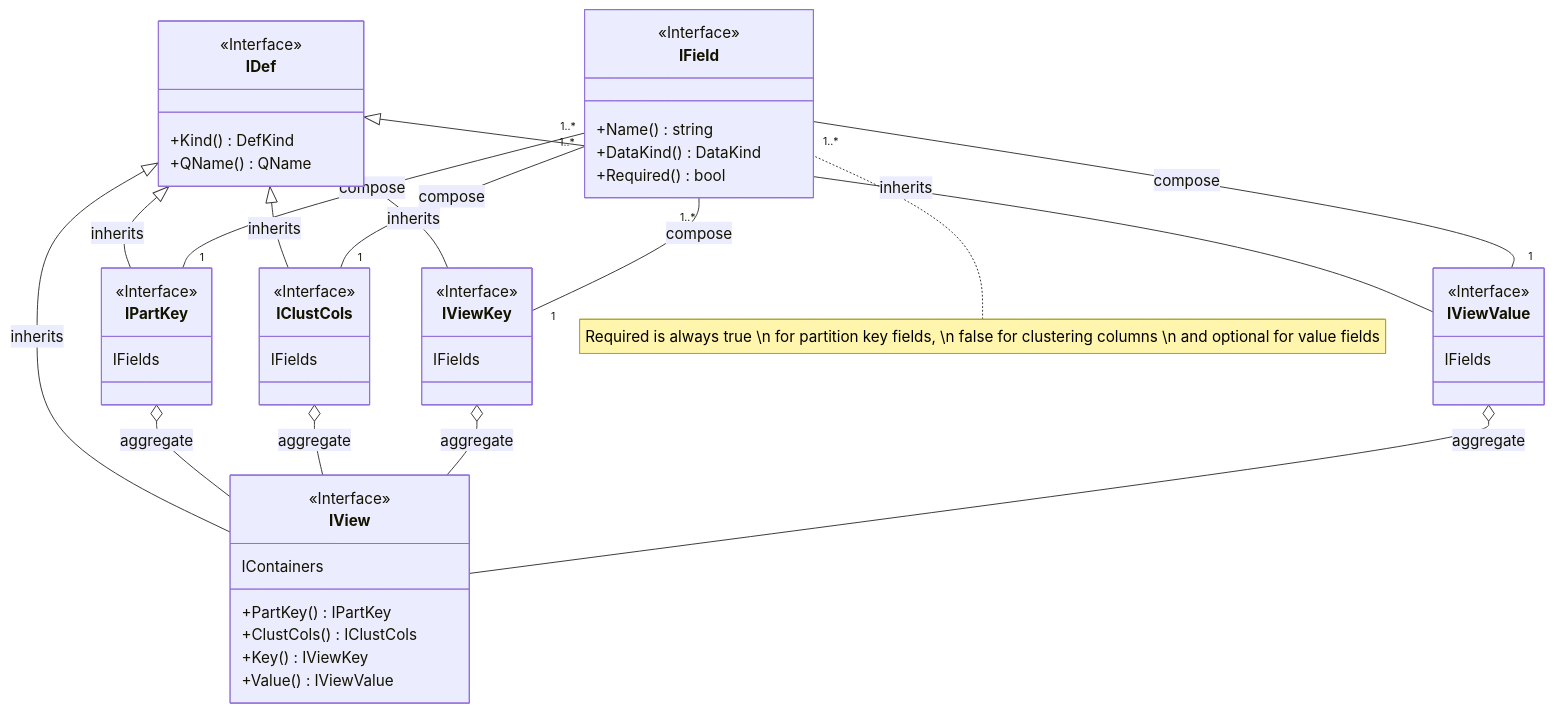
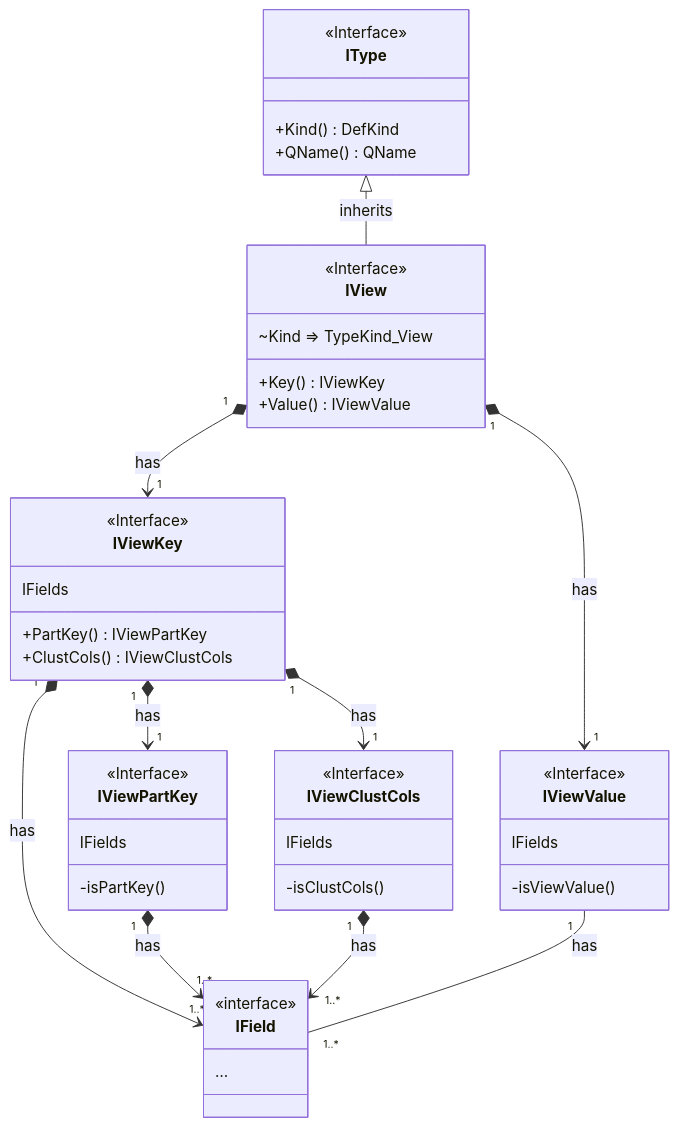
The sixth of 7 diagrams in pkg/appdef/README.md (voedger/voedger), drawn with Mermaid before and after one commit. The commit also changed other lines of this file, not shown here.

````diff
--- a/pkg/appdef/README.md
+++ b/pkg/appdef/README.md
@@ -729,60 +729,54 @@
 ```mermaid
 classDiagram
-  direction BT
-
-  class IDef{
+  class IType{
     <<Interface>>
     +Kind() DefKind
     +QName() QName
   }
 
-  class IField {
-    <<Interface>>
-    +Name() string
-    +DataKind() DataKind
-    +Required() bool
-  }
-  note for IField "Required is always true \n for partition key fields, \n false for clustering columns \n and optional for value fields"
-
-  IView --|> IDef : inherits
+  IType <|-- IView : inherits
   class IView {
     <<Interface>>
-    IContainers
-    +PartKey() IPartKey
-    +ClustCols() IClustCols
+    ~Kind => TypeKind_View
     +Key() IViewKey
     +Value() IViewValue
   }
-  IView --o IPartKey : aggregate
-  IView --o IClustCols : aggregate
-  IView --o IViewKey : aggregate
-  IView --o IViewValue : aggregate
+  IView "1" *--> "1" IViewKey : has
+  IView "1" *--> "1" IViewValue : has
 
-  IPartKey --|> IDef : inherits
-  class IPartKey {
-    <<Interface>>
-    IFields
-  }
-  IPartKey "1" -- "1..*" IField : compose
-
-  IClustCols --|> IDef : inherits
-  class IClustCols {
-    <<Interface>>
-    IFields
-  }
-  IClustCols "1" -- "1..*" IField : compose
-
-  IViewKey --|> IDef : inherits
   class IViewKey {
     <<Interface>>
     IFields
+    +PartKey() IViewPartKey
+    +ClustCols() IViewClustCols
   }
-  IViewKey "1" -- "1..*" IField : compose
+  IViewKey "1" *--> "1..*" IField : has
+  IViewKey "1" *--> "1" IViewPartKey : has
+  IViewKey "1" *--> "1" IViewClustCols : has
 
-  IViewValue --|> IDef : inherits
+  class IViewPartKey {
+    <<Interface>>
+    IFields
+    -isPartKey()
+  }
+  IViewPartKey "1" *--> "1..*" IField : has
+
+  class IViewClustCols {
+    <<Interface>>
+    IFields
+    -isClustCols()
+  }
+  IViewClustCols "1" *--> "1..*" IField : has
+
   class IViewValue {
     <<Interface>>
     IFields
+    -isViewValue()
   }
-  IViewValue "1" -- "1..*" IField : compose
+  IViewValue "1" -- "1..*" IField : has
+
+  class IField {
+    <<interface>>
+    …
+  }
 ```
````
